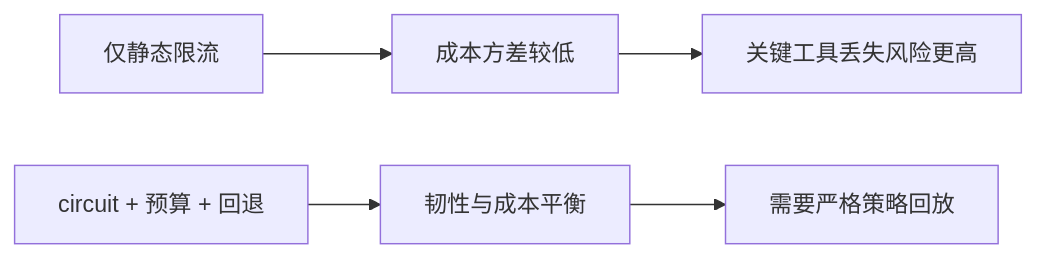
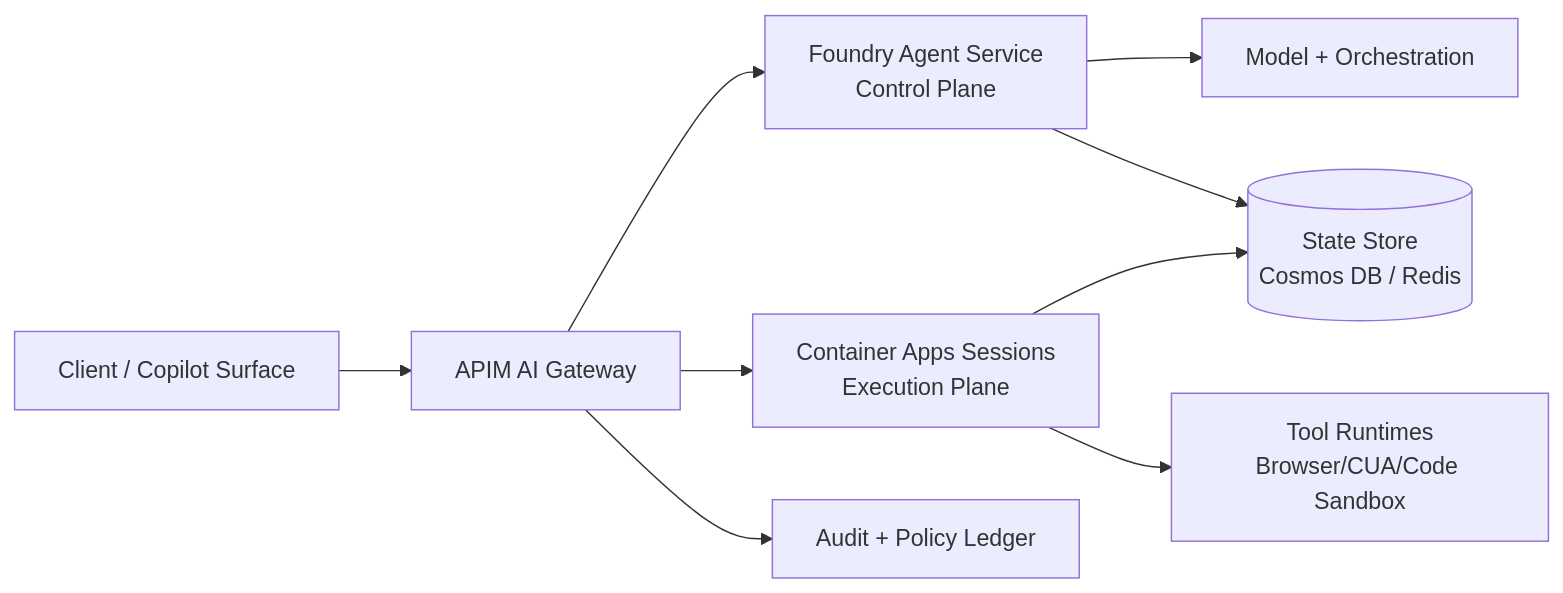
The diagram in workshops/azure-agent-infra/agent-apim-mcp-latency-safefallback-selection-faq.md (turbo998/ai-infra-lab), drawn with Mermaid before and after one commit. The commit also changed other lines of this file and 3509 other files, not shown here.

````diff
--- a/workshops/azure-agent-infra/agent-apim-mcp-latency-safefallback-selection-faq.md
+++ b/workshops/azure-agent-infra/agent-apim-mcp-latency-safefallback-selection-faq.md
@@ -37,8 +28,11 @@
 ```mermaid
 flowchart LR
-  A1[仅静态限流] --> B1[成本方差较低]
-  B1 --> C1[关键工具丢失风险更高]
-
-  A2[circuit + 预算 + 回退] --> B2[韧性与成本平衡]
-  B2 --> C2[需要严格策略回放]
+  U[Client / Copilot Surface] --> G[APIM AI Gateway]
+  G --> C1[Foundry Agent Service\nControl Plane]
+  G --> C2[Container Apps Sessions\nExecution Plane]
+  C1 --> M[Model + Orchestration]
+  C2 --> T[Tool Runtimes\nBrowser/CUA/Code Sandbox]
+  C1 --> S[(State Store\nCosmos DB / Redis)]
+  C2 --> S
+  G --> A[Audit + Policy Ledger]
 ```
````
